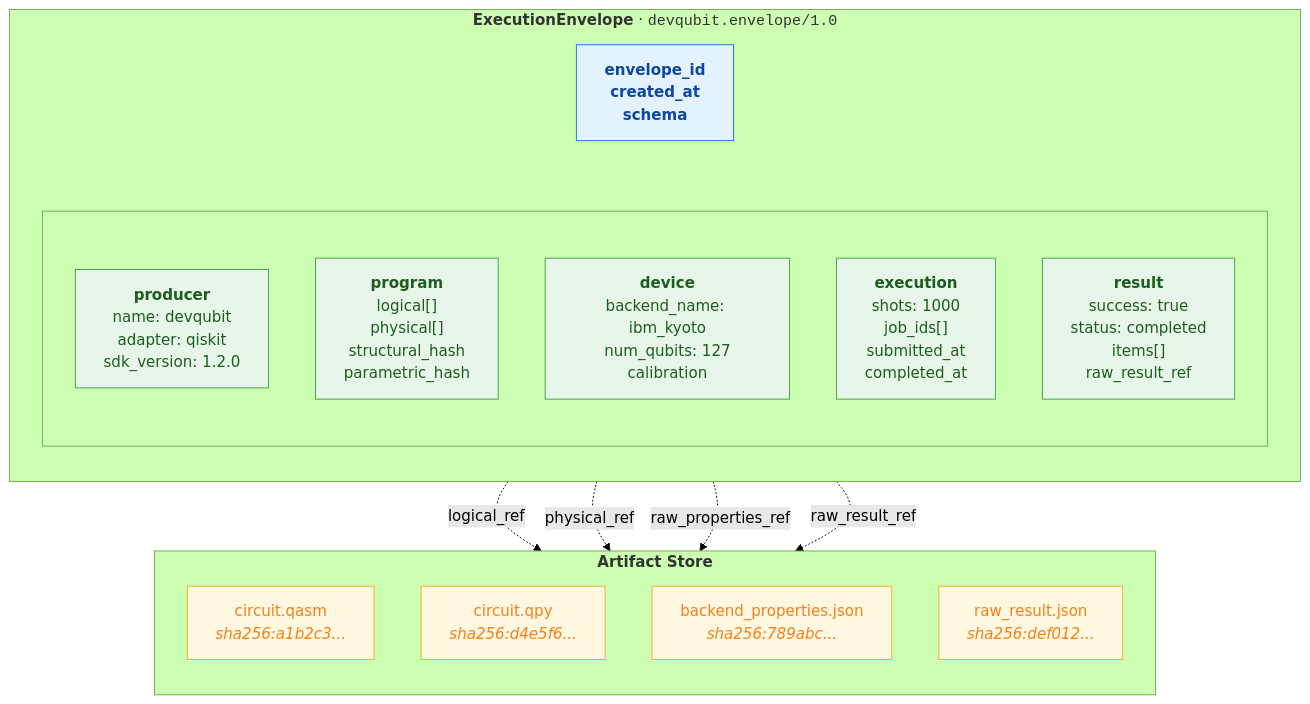
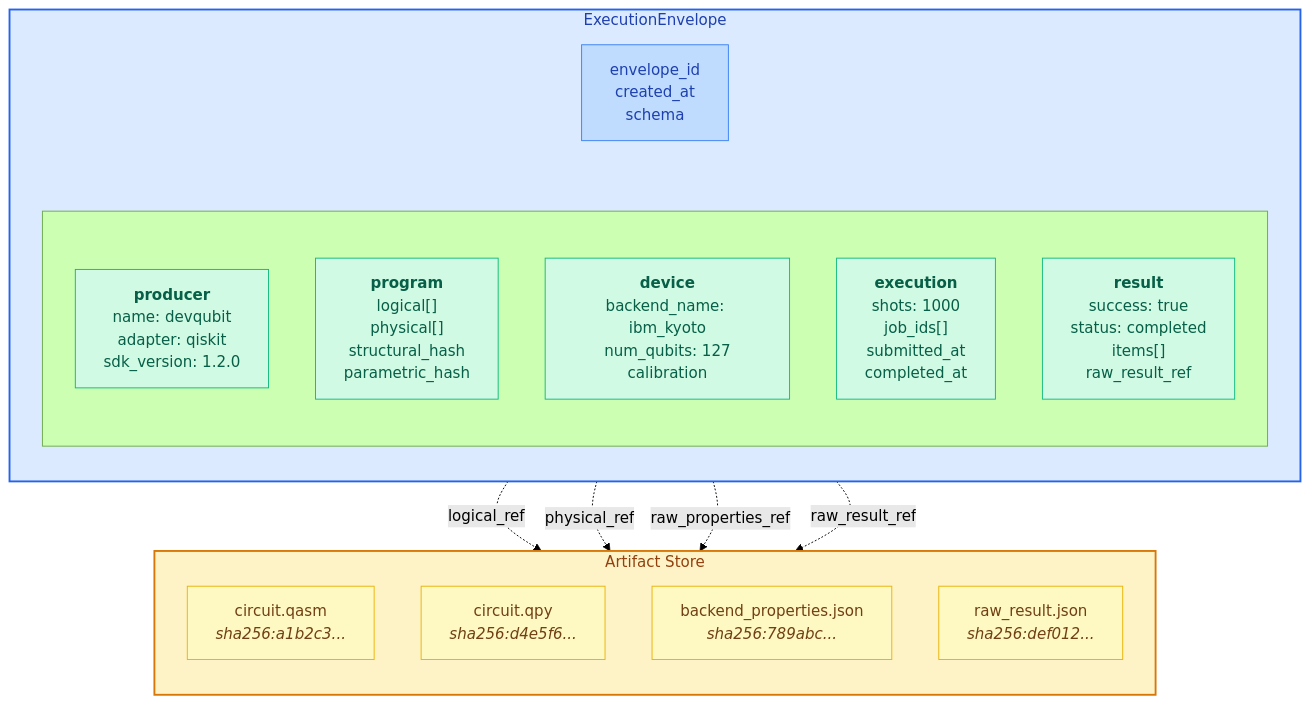
One commit to devqubit-labs/devqubit changed the diagram in docs/concepts/uec.md. Above: the diagram before and after it, drawn with Mermaid (forest theme). The commit also changed 1 other file, not shown here.

Commit message:
docs: minor adjustments

````diff
--- a/docs/concepts/uec.md
+++ b/docs/concepts/uec.md
@@ -12,43 +12,48 @@
 ```mermaid
 flowchart TB
-  subgraph ENV["<b>ExecutionEnvelope</b> · <code>devqubit.envelope/1.0</code>"]
+  subgraph ENV["ExecutionEnvelope"]
     direction TB
 
-    META["<b>envelope_id</b><br/><b>created_at</b><br/><b>schema</b>"]
+    META["envelope_id<br/> created_at<br/> schema<br/>"]
 
     subgraph SNAPSHOTS[" "]
       direction TB
       PROD["<b>producer</b><br/>name: devqubit<br/>adapter: qiskit<br/>sdk_version: 1.2.0"]
 
       PROG["<b>program</b><br/>logical[]<br/>physical[]<br/>structural_hash<br/>parametric_hash"]
 
       DEV["<b>device</b><br/>backend_name: ibm_kyoto<br/>num_qubits: 127<br/>calibration"]
 
       EXEC["<b>execution</b><br/>shots: 1000<br/>job_ids[]<br/>submitted_at<br/>completed_at"]
 
       RES["<b>result</b><br/>success: true<br/>status: completed<br/>items[]<br/>raw_result_ref"]
     end
   end
 
-  subgraph STORE["<b>Artifact Store</b>"]
+  subgraph STORE["Artifact Store"]
     direction TB
     A1["circuit.qasm<br/><i>sha256:a1b2c3...</i>"]
     A2["circuit.qpy<br/><i>sha256:d4e5f6...</i>"]
     A3["backend_properties.json<br/><i>sha256:789abc...</i>"]
     A4["raw_result.json<br/><i>sha256:def012...</i>"]
   end
 
   META ~~~ SNAPSHOTS
   PROG -.->|logical_ref| A1
   PROG -.->|physical_ref| A2
   DEV -.->|raw_properties_ref| A3
   RES -.->|raw_result_ref| A4
 
-  classDef envMeta fill:#e3f2fd,stroke:#1976d2,color:#0d47a1
-  classDef snapshot fill:#e8f5e9,stroke:#43a047,color:#1b5e20
-  classDef artifact fill:#fff8e1,stroke:#f9a825,color:#f57f17
-
-  class META envMeta
-  class PROD,PROG,DEV,EXEC,RES snapshot
-  class A1,A2,A3,A4 artifact
+  style ENV fill:#dbeafe,stroke:#2563eb,stroke-width:2px,color:#1e40af
+  style STORE fill:#fef3c7,stroke:#d97706,stroke-width:2px,color:#92400e
+  style META fill:#bfdbfe,stroke:#3b82f6,color:#1e40af
+  style PROD fill:#d1fae5,stroke:#10b981,color:#065f46
+  style PROG fill:#d1fae5,stroke:#10b981,color:#065f46
+  style DEV fill:#d1fae5,stroke:#10b981,color:#065f46
+  style EXEC fill:#d1fae5,stroke:#10b981,color:#065f46
+  style RES fill:#d1fae5,stroke:#10b981,color:#065f46
+  style A1 fill:#fef9c3,stroke:#eab308,color:#713f12
+  style A2 fill:#fef9c3,stroke:#eab308,color:#713f12
+  style A3 fill:#fef9c3,stroke:#eab308,color:#713f12
+  style A4 fill:#fef9c3,stroke:#eab308,color:#713f12
 ```
````
